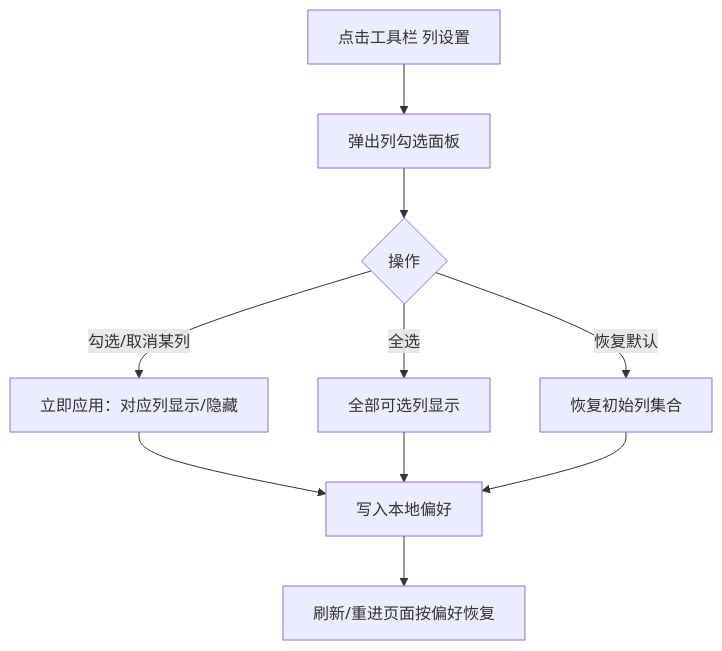
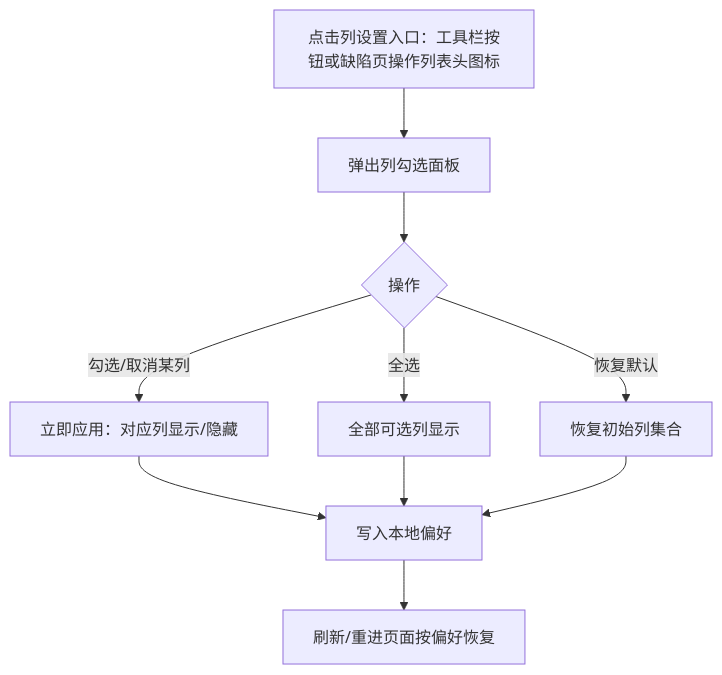
Before and after one commit to XiaoMiSum/robotest: the diagram in docs/05-interaction-design/04-table-column-settings.md, drawn with Mermaid. The commit also changed other lines of this file and 2 other files, not shown here.

````diff
--- a/docs/05-interaction-design/04-table-column-settings.md
+++ b/docs/05-interaction-design/04-table-column-settings.md
@@ -34,12 +35,12 @@
 ```mermaid
 flowchart TD
-    A[点击工具栏 列设置] --> B[弹出列勾选面板]
+    A[点击列设置入口：工具栏按钮或缺陷页操作列表头图标] --> B[弹出列勾选面板]
     B --> C{操作}
     C -->|勾选/取消某列| D[立即应用：对应列显示/隐藏]
     C -->|全选| E[全部可选列显示]
     C -->|恢复默认| F[恢复初始列集合]
     D --> G[写入本地偏好]
     E --> G
     F --> G
     G --> H[刷新/重进页面按偏好恢复]
 ```
````
